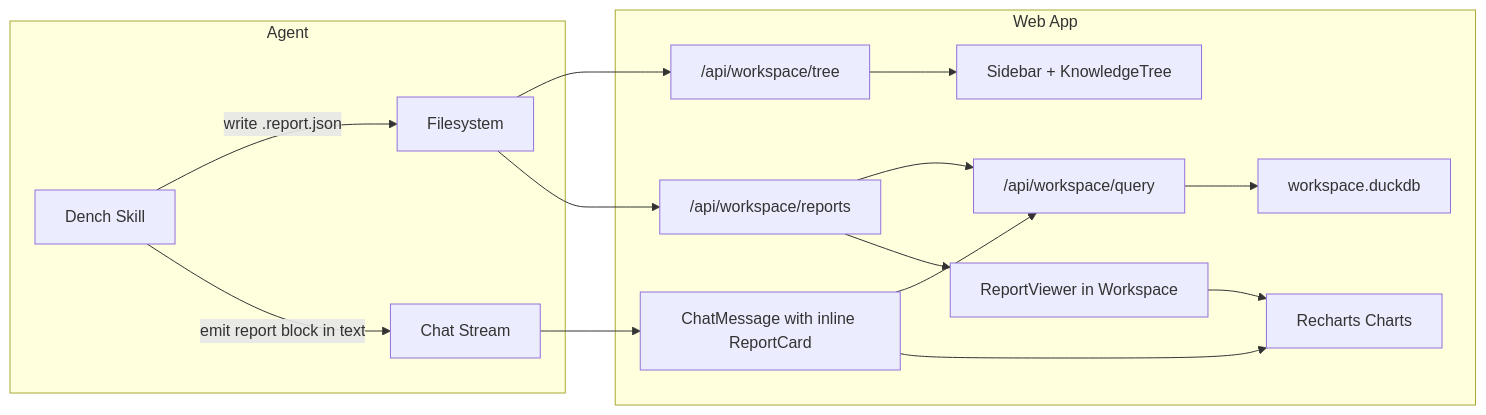
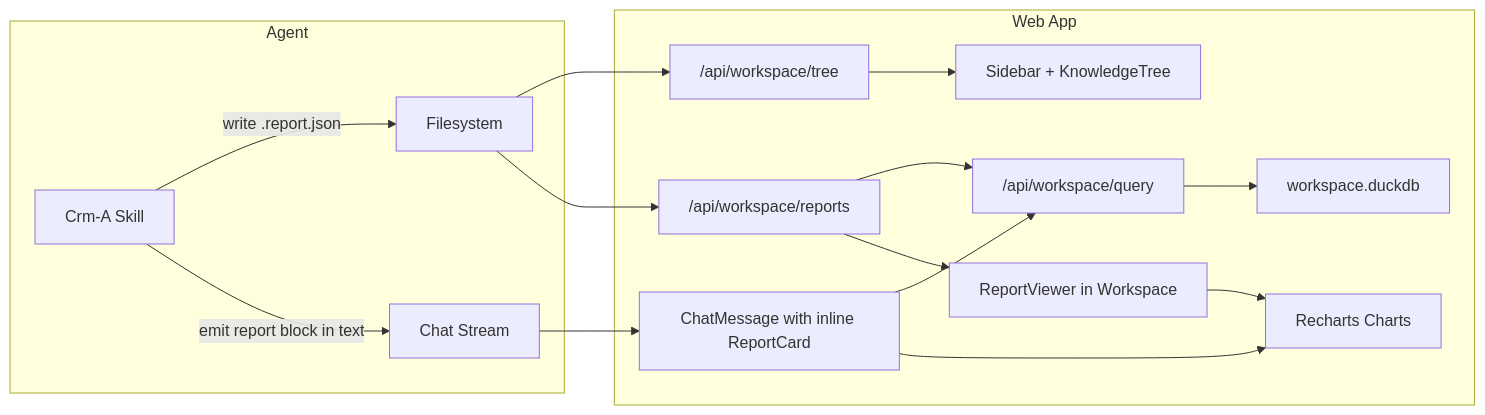
One commit to TopCS/crmaconsole changed the diagram in .cursor/plans/reports_analytics_layer_d6cf8500.plan.md. Above: the diagram before and after it, drawn with Mermaid. The commit also changed other lines of this file and 388 other files, not shown here.

First line of the commit message:
Rename project from DenchClaw to Crm-A Console

````diff
--- a/.cursor/plans/reports_analytics_layer_d6cf8500.plan.md
+++ b/.cursor/plans/reports_analytics_layer_d6cf8500.plan.md
@@ -53,22 +53,22 @@
 ```mermaid
 flowchart LR
   subgraph agent [Agent]
-    skill[Dench Skill]
+    skill[Crm-A Skill]
     skill -->|"write .report.json"| fs[Filesystem]
     skill -->|"emit report block in text"| chat[Chat Stream]
   end
 
   subgraph web [Web App]
     fs --> treeAPI["/api/workspace/tree"]
     fs --> reportAPI["/api/workspace/reports"]
     reportAPI --> execAPI["/api/workspace/query"]
     execAPI --> duckdb["workspace.duckdb"]
 
     treeAPI --> sidebar[Sidebar + KnowledgeTree]
     reportAPI --> workspaceView[ReportViewer in Workspace]
     chat --> chatUI["ChatMessage with inline ReportCard"]
     chatUI --> execAPI
     workspaceView --> recharts[Recharts Charts]
     chatUI --> recharts
   end
 ```
````
